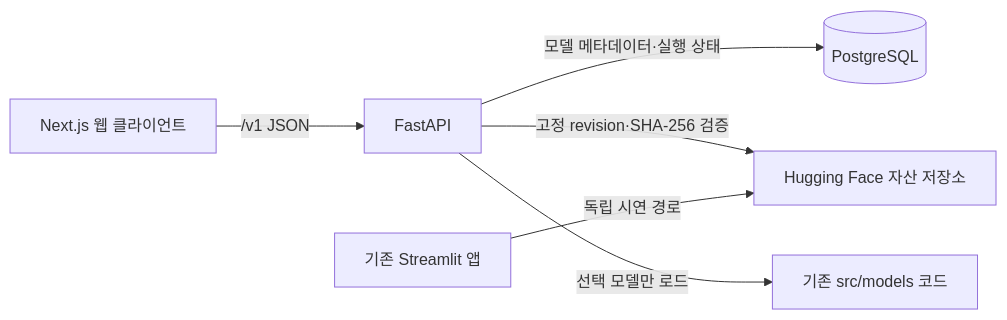
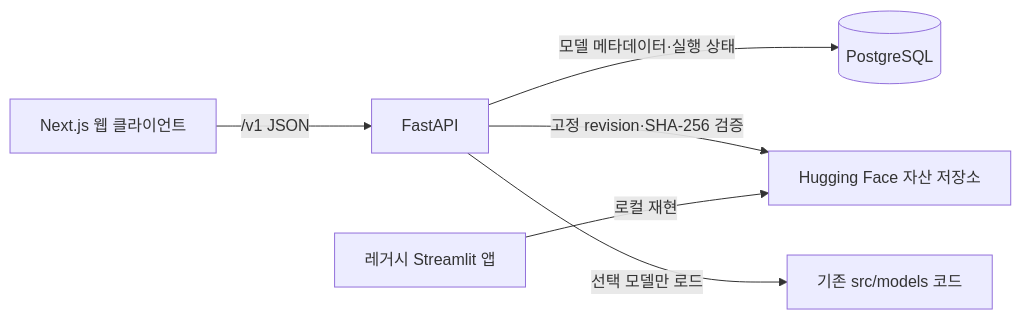
One commit to Ketose333/review-sentiment changed the diagram in docs/architecture.md. Above: the diagram before and after it, drawn with Mermaid. The commit also changed other lines of this file, not shown here.

Commit message:
docs: Streamlit 종료와 현행 운영 경계 반영

````diff
--- a/docs/architecture.md
+++ b/docs/architecture.md
@@ -7,8 +7,8 @@
 ```mermaid
 flowchart LR
   Browser[Next.js 웹 클라이언트] -->|/v1 JSON| API[FastAPI]
   API -->|모델 메타데이터·실행 상태| DB[(PostgreSQL)]
   API -->|고정 revision·SHA-256 검증| Assets[Hugging Face 자산 저장소]
   API -->|선택 모델만 로드| Models[기존 src/models 코드]
-  Streamlit[기존 Streamlit 앱] -->|독립 시연 경로| Assets
+  Streamlit[레거시 Streamlit 앱] -->|로컬 재현| Assets
 ```
````
